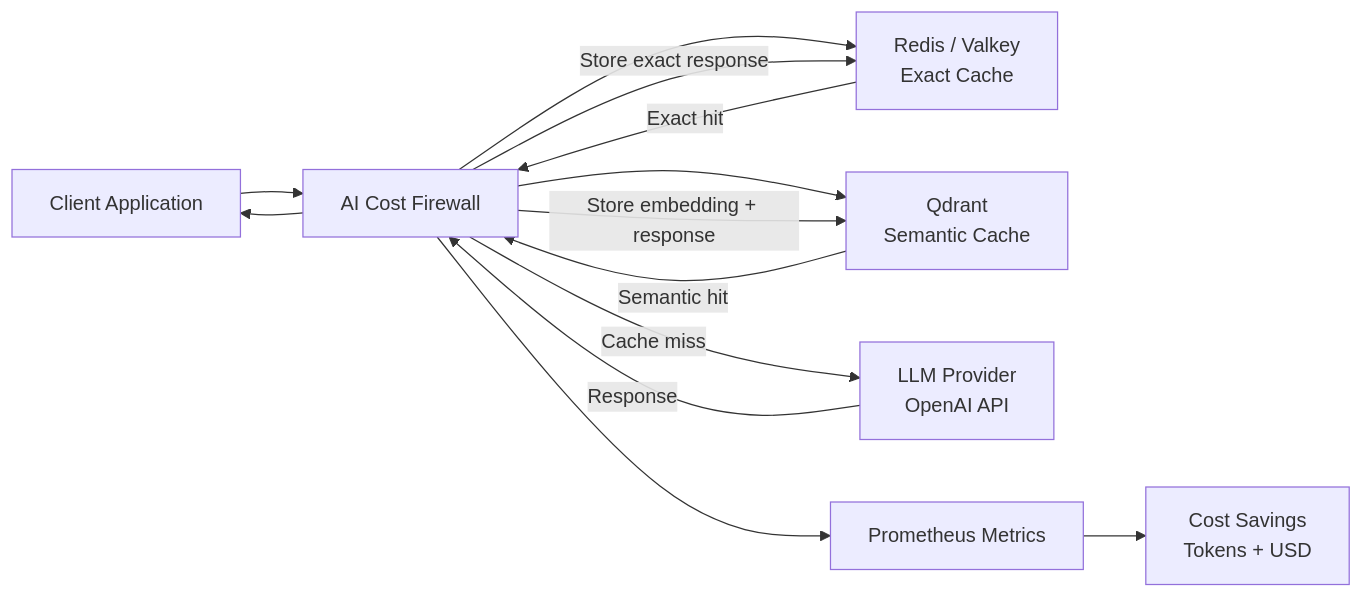
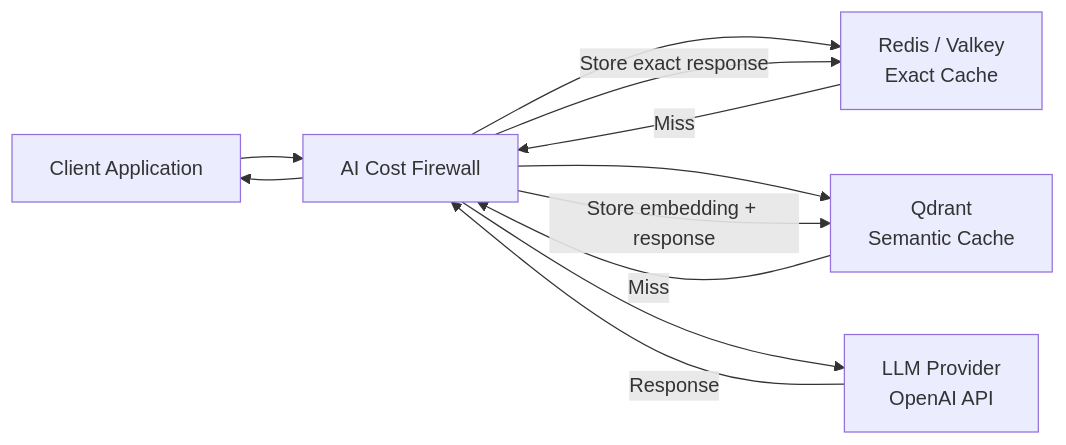
Before and after one commit to vcal-project/ai-firewall: the fourth of 4 diagrams in docs/architecture.md, drawn with Mermaid. The commit also changed other lines of this file, not shown here.

````diff
--- a/docs/architecture.md
+++ b/docs/architecture.md
@@ -232,36 +268,25 @@
 ```mermaid
 flowchart LR
 
     Client[Client Application]
-
     Firewall[AI Cost Firewall]
-
     Redis[Redis / Valkey<br/>Exact Cache]
-
     Qdrant[Qdrant<br/>Semantic Cache]
-
     Upstream[LLM Provider<br/>OpenAI API]
-
-    Metrics[Prometheus Metrics]
-
-    Cost[Cost Savings<br/>Tokens + USD]
 
     Client --> Firewall
 
     Firewall --> Redis
-    Redis -->|Exact hit| Firewall
+    Redis -->|Miss| Firewall
 
     Firewall --> Qdrant
-    Qdrant -->|Semantic hit| Firewall
+    Qdrant -->|Miss| Firewall
 
-    Firewall -->|Cache miss| Upstream
+    Firewall --> Upstream
     Upstream -->|Response| Firewall
 
     Firewall -->|Store exact response| Redis
     Firewall -->|Store embedding + response| Qdrant
 
     Firewall --> Client
-
-    Firewall --> Metrics
-    Metrics --> Cost
 ```
````
